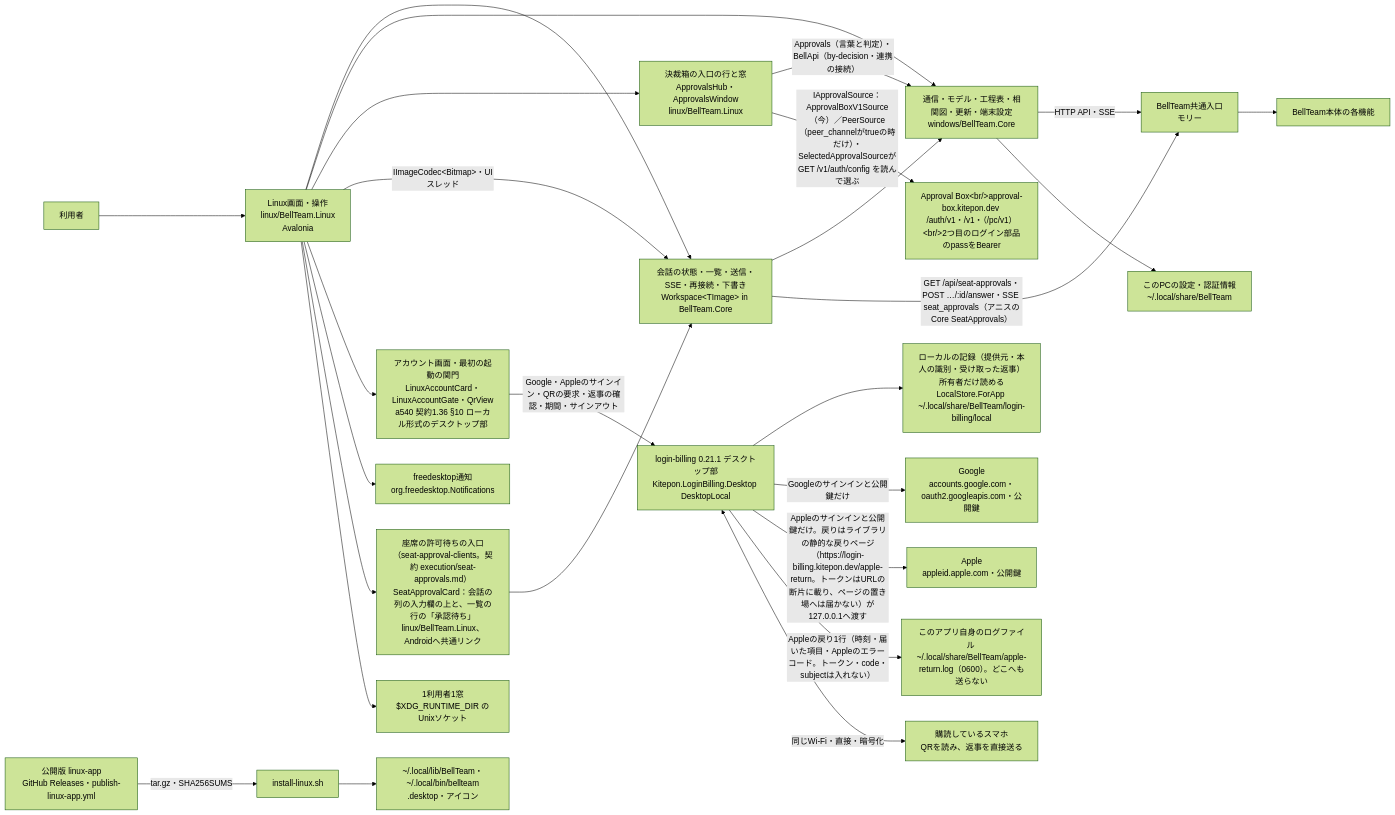
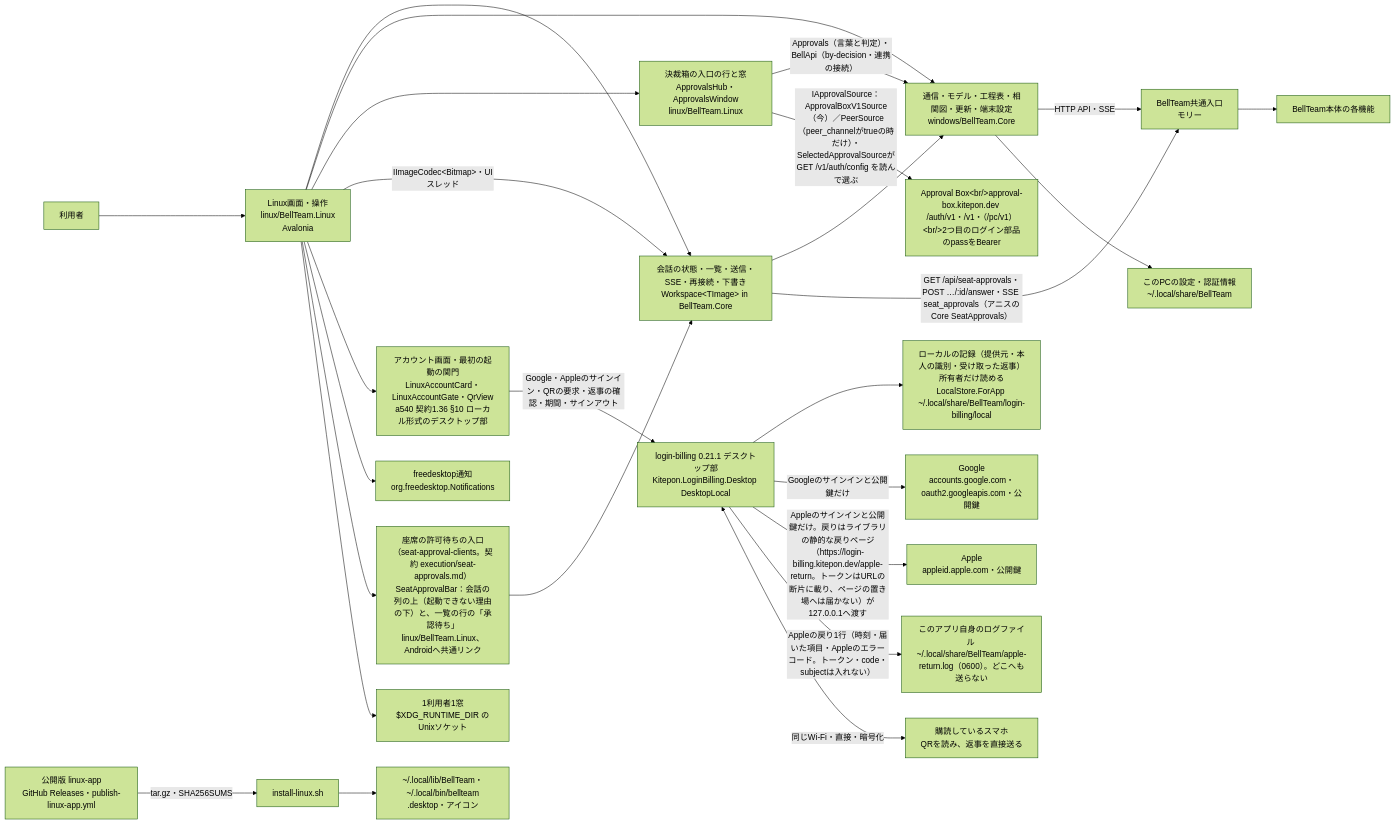
One commit to kitepon/BellTeam changed the first of 3 diagrams in docs/linux-architecture.md. Above: the diagram before and after it, drawn with Mermaid (forest theme). The commit also changed other lines of this file and 10 other files, not shown here.

Commit message:
seat-approval-clients: Linux and Android show a seat's tool approval (list badge + the Bot's conversation), same words and buttons as Windows

````diff
--- a/docs/linux-architecture.md
+++ b/docs/linux-architecture.md
@@ -9,28 +9,28 @@
 ```mermaid
 flowchart LR
   user[利用者] --> ui[Linux画面・操作<br/>linux/BellTeam.Linux<br/>Avalonia]
   ui --> ws[会話の状態・一覧・送信・SSE・再接続・下書き<br/>Workspace&lt;TImage&gt; in BellTeam.Core]
   ui --> core[通信・モデル・工程表・相関図・更新・端末設定<br/>windows/BellTeam.Core]
   ui --> abx[決裁箱の入口の行と窓<br/>ApprovalsHub・ApprovalsWindow<br/>linux/BellTeam.Linux]
   abx -->|Approvals（言葉と判定）・BellApi（by-decision・連携の接続）| core
   abx -->|IApprovalSource：ApprovalBoxV1Source（今）／PeerSource（peer_channelがtrueの時だけ）・SelectedApprovalSourceがGET /v1/auth/config を読んで選ぶ| abxsrv[Approval Box&lt;br/&gt;approval-box.kitepon.dev /auth/v1・/v1・（/pc/v1）&lt;br/&gt;2つ目のログイン部品のpassをBearer]
   ws --> core
   ui -->|IImageCodec&lt;Bitmap&gt;・UIスレッド| ws
   core -->|HTTP API・SSE| integration[BellTeam共通入口<br/>モリー]
   core --> local[このPCの設定・認証情報<br/>~/.local/share/BellTeam]
   ui --> account[アカウント画面・最初の起動の関門<br/>LinuxAccountCard・LinuxAccountGate・QrView<br/>a540 契約1.36 §10 ローカル形式のデスクトップ部]
   account -->|Google・Appleのサインイン・QRの要求・返事の確認・期間・サインアウト| lib[login-billing 0.21.1 デスクトップ部<br/>Kitepon.LoginBilling.Desktop DesktopLocal]
   lib --> pass[ローカルの記録（提供元・本人の識別・受け取った返事）所有者だけ読める<br/>LocalStore.ForApp ~/.local/share/BellTeam/login-billing/local]
   lib -->|Googleのサインインと公開鍵だけ| google[Google<br/>accounts.google.com・oauth2.googleapis.com・公開鍵]
   lib -->|Appleのサインインと公開鍵だけ。戻りはライブラリの静的な戻りページ（https://login-billing.kitepon.dev/apple-return。トークンはURLの断片に載り、ページの置き場へは届かない）が127.0.0.1へ渡す| apple[Apple<br/>appleid.apple.com・公開鍵]
   lib -->|Appleの戻り1行（時刻・届いた項目・Appleのエラーコード。トークン・code・subjectは入れない）| devlog[このアプリ自身のログファイル ~/.local/share/BellTeam/apple-return.log（0600）。どこへも送らない]
   lib <-->|同じWi-Fi・直接・暗号化| phone[購読しているスマホ<br/>QRを読み、返事を直接送る]
   ui --> notify[freedesktop通知<br/>org.freedesktop.Notifications]
-  ui --> seat[座席の許可待ちの入口（seat-approval-clients。契約 execution/seat-approvals.md）<br/>SeatApprovalCard：会話の列の入力欄の上と、一覧の行の「承認待ち」<br/>linux/BellTeam.Linux、Androidへ共通リンク]
+  ui --> seat[座席の許可待ちの入口（seat-approval-clients。契約 execution/seat-approvals.md）<br/>SeatApprovalBar：会話の列の上（起動できない理由の下）と、一覧の行の「承認待ち」<br/>linux/BellTeam.Linux、Androidへ共通リンク]
   seat --> ws
   ws -->|"GET /api/seat-approvals・POST …/:id/answer・SSE seat_approvals（アニスのCore SeatApprovals）"| integration
   ui --> single[1利用者1窓<br/>$XDG_RUNTIME_DIR のUnixソケット]
   release[公開版 linux-app<br/>GitHub Releases・publish-linux-app.yml] -->|tar.gz・SHA256SUMS| install[install-linux.sh]
   install --> files[~/.local/lib/BellTeam・~/.local/bin/bellteam<br/>.desktop・アイコン]
   integration --> server[BellTeam本体の各機能]
 ```
````
